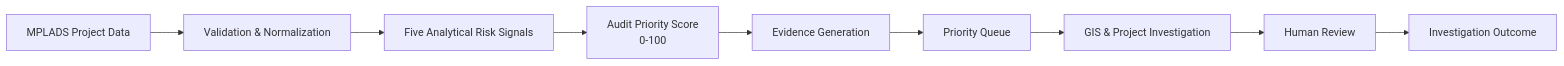
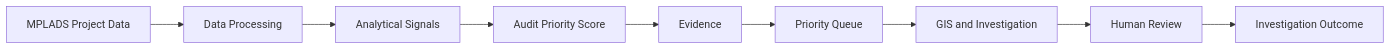
The first of 17 diagrams in README.md (the-nidhi-bhat/mplads-sentinel), drawn with Mermaid before and after one commit. The commit also changed other lines of this file, not shown here.

````diff
--- a/README.md
+++ b/README.md
@@ -52,11 +59,11 @@
 ```mermaid
 flowchart LR
-    A["MPLADS Project Data"] --> B["Validation & Normalization"]
-    B --> C["Five Analytical Risk Signals"]
-    C --> D["Audit Priority Score<br/>0-100"]
-    D --> E["Evidence Generation"]
+    A["MPLADS Project Data"] --> B["Data Processing"]
+    B --> C["Analytical Signals"]
+    C --> D["Audit Priority Score"]
+    D --> E["Evidence"]
     E --> F["Priority Queue"]
-    F --> G["GIS & Project Investigation"]
+    F --> G["GIS and Investigation"]
     G --> H["Human Review"]
     H --> I["Investigation Outcome"]
 ```
````
